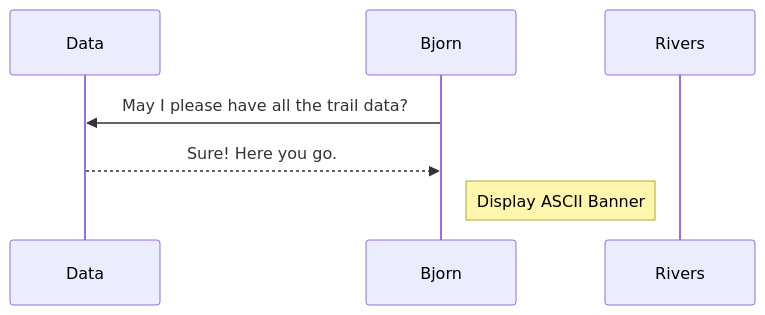
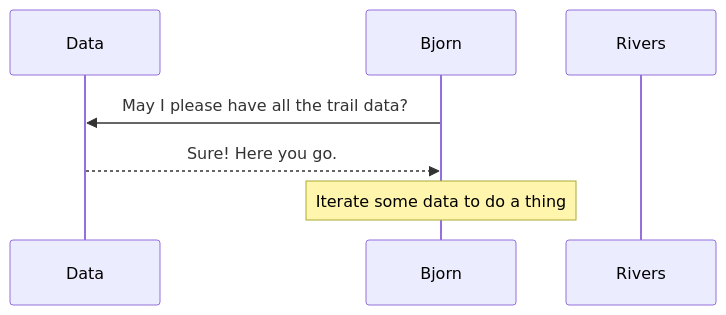
One commit to nashville-software-school/client-side-mastery changed the diagram in book-1-queen-bee/chapters/BJORN_DIAGRAM.md. Above: the diagram before and after it, drawn with Mermaid. The commit also changed 45 other files, not shown here.

````diff
--- a/book-1-queen-bee/chapters/BJORN_DIAGRAM.md
+++ b/book-1-queen-bee/chapters/BJORN_DIAGRAM.md
@@ -13,9 +13,9 @@
 ```mermaid
 sequenceDiagram
     participant Data
     participant Bjorn
     participant Rivers
     Bjorn->>Data: May I please have all the trail data?
     Data-->>Bjorn: Sure! Here you go.
-    note right of Bjorn: Display ASCII Banner
+    note over Bjorn: Iterate some data to do a thing
 ```
````
